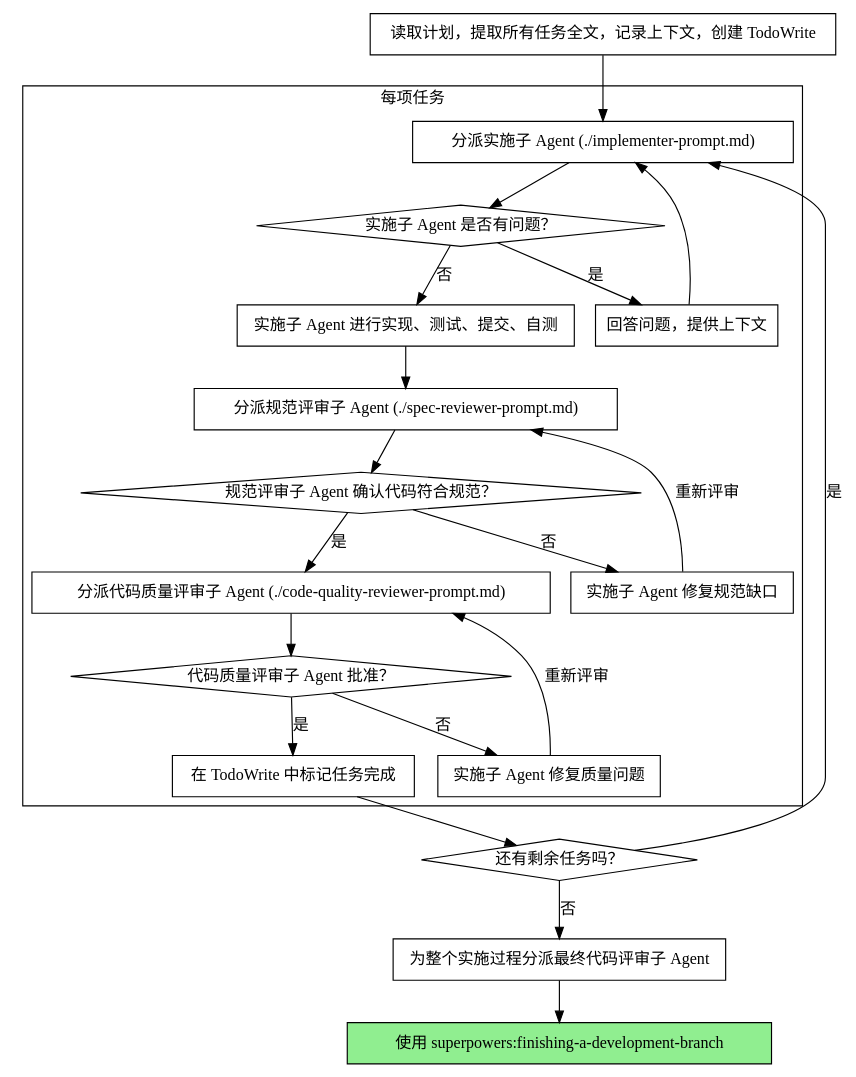
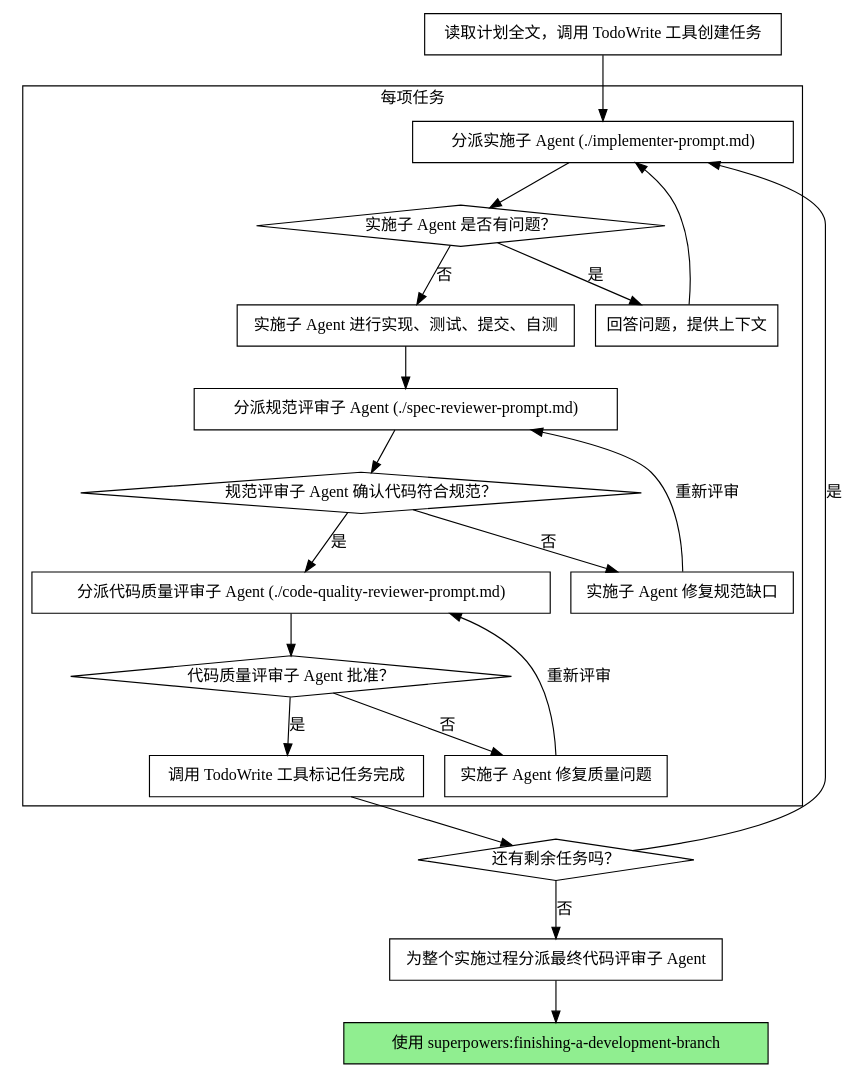
One commit to AlayaElla/nanoclaw changed the second of 2 diagrams in container/skills/subagent-driven-development/SKILL.md. Above: the diagram before and after it, drawn with Graphviz. The commit also changed other lines of this file and 5 other files, not shown here.

````diff
--- a/container/skills/subagent-driven-development/SKILL.md
+++ b/container/skills/subagent-driven-development/SKILL.md
@@ -42,44 +42,44 @@
 ```dot
 digraph process {
     rankdir=TB;
 
     subgraph cluster_per_task {
         label="每项任务";
         "分派实施子 Agent (./implementer-prompt.md)" [shape=box];
         "实施子 Agent 是否有问题？" [shape=diamond];
         "回答问题，提供上下文" [shape=box];
         "实施子 Agent 进行实现、测试、提交、自测" [shape=box];
         "分派规范评审子 Agent (./spec-reviewer-prompt.md)" [shape=box];
         "规范评审子 Agent 确认代码符合规范？" [shape=diamond];
         "实施子 Agent 修复规范缺口" [shape=box];
         "分派代码质量评审子 Agent (./code-quality-reviewer-prompt.md)" [shape=box];
         "代码质量评审子 Agent 批准？" [shape=diamond];
         "实施子 Agent 修复质量问题" [shape=box];
-        "在 TodoWrite 中标记任务完成" [shape=box];
+        "调用 TodoWrite 工具标记任务完成" [shape=box];
     }
 
-    "读取计划，提取所有任务全文，记录上下文，创建 TodoWrite" [shape=box];
+    "读取计划全文，调用 TodoWrite 工具创建任务" [shape=box];
     "还有剩余任务吗？" [shape=diamond];
     "为整个实施过程分派最终代码评审子 Agent" [shape=box];
     "使用 superpowers:finishing-a-development-branch" [shape=box style=filled fillcolor=lightgreen];
 
-    "读取计划，提取所有任务全文，记录上下文，创建 TodoWrite" -> "分派实施子 Agent (./implementer-prompt.md)";
+    "读取计划全文，调用 TodoWrite 工具创建任务" -> "分派实施子 Agent (./implementer-prompt.md)";
     "分派实施子 Agent (./implementer-prompt.md)" -> "实施子 Agent 是否有问题？";
     "实施子 Agent 是否有问题？" -> "回答问题，提供上下文" [label="是"];
     "回答问题，提供上下文" -> "分派实施子 Agent (./implementer-prompt.md)";
     "实施子 Agent 是否有问题？" -> "实施子 Agent 进行实现、测试、提交、自测" [label="否"];
     "实施子 Agent 进行实现、测试、提交、自测" -> "分派规范评审子 Agent (./spec-reviewer-prompt.md)";
     "分派规范评审子 Agent (./spec-reviewer-prompt.md)" -> "规范评审子 Agent 确认代码符合规范？";
     "规范评审子 Agent 确认代码符合规范？" -> "实施子 Agent 修复规范缺口" [label="否"];
     "实施子 Agent 修复规范缺口" -> "分派规范评审子 Agent (./spec-reviewer-prompt.md)" [label="重新评审"];
     "规范评审子 Agent 确认代码符合规范？" -> "分派代码质量评审子 Agent (./code-quality-reviewer-prompt.md)" [label="是"];
     "分派代码质量评审子 Agent (./code-quality-reviewer-prompt.md)" -> "代码质量评审子 Agent 批准？";
     "代码质量评审子 Agent 批准？" -> "实施子 Agent 修复质量问题" [label="否"];
     "实施子 Agent 修复质量问题" -> "分派代码质量评审子 Agent (./code-quality-reviewer-prompt.md)" [label="重新评审"];
-    "代码质量评审子 Agent 批准？" -> "在 TodoWrite 中标记任务完成" [label="是"];
-    "在 TodoWrite 中标记任务完成" -> "还有剩余任务吗？";
+    "代码质量评审子 Agent 批准？" -> "调用 TodoWrite 工具标记任务完成" [label="是"];
+    "调用 TodoWrite 工具标记任务完成" -> "还有剩余任务吗？";
     "还有剩余任务吗？" -> "分派实施子 Agent (./implementer-prompt.md)" [label="是"];
     "还有剩余任务吗？" -> "为整个实施过程分派最终代码评审子 Agent" [label="否"];
     "为整个实施过程分派最终代码评审子 Agent" -> "使用 superpowers:finishing-a-development-branch";
 }
 ```
````
